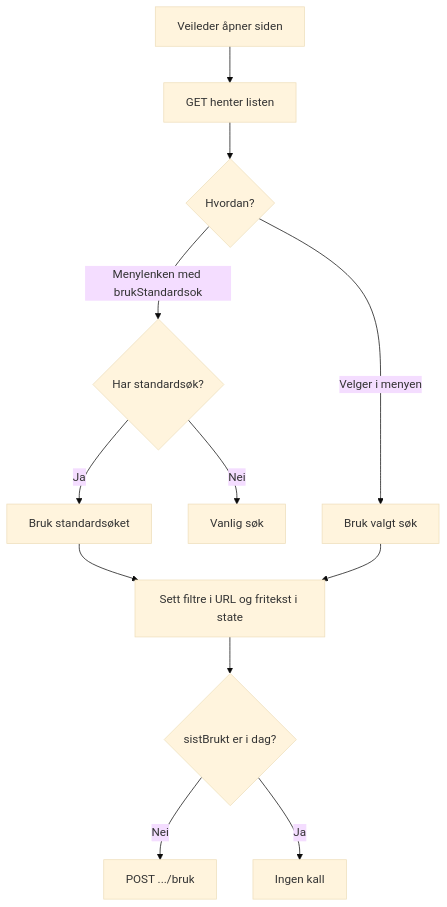
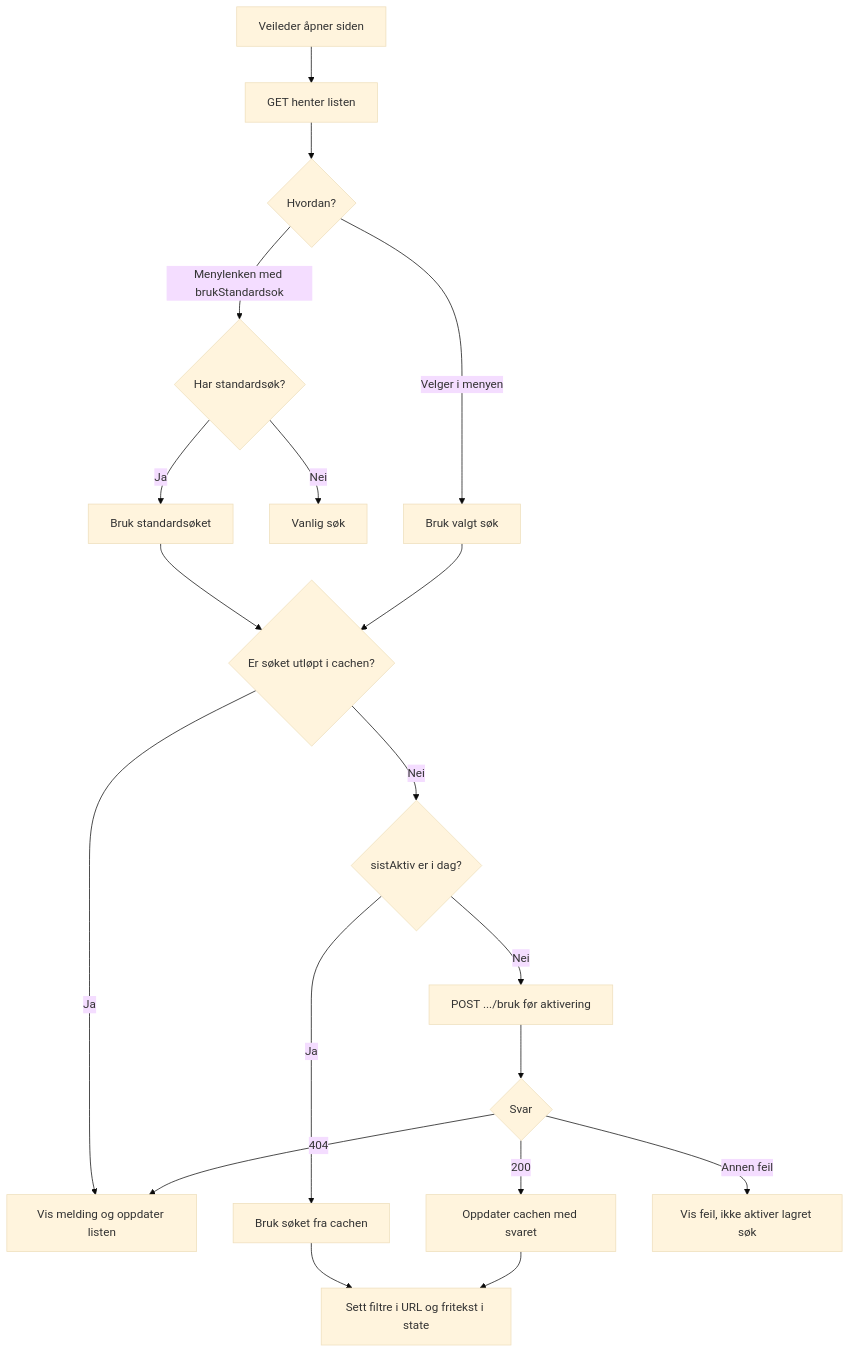
Before and after one commit to navikt/rekrutteringstreff-backend: the third of 4 diagrams in docs/9-planer/standardsok.md, drawn with Mermaid (base theme). The commit also changed other lines of this file, not shown here.

````diff
--- a/docs/9-planer/standardsok.md
+++ b/docs/9-planer/standardsok.md
@@ -278,14 +293,21 @@
 ```mermaid
 flowchart TD
     A[Veileder åpner siden] --> B[GET henter listen]
     B --> C{Hvordan?}
     C -->|Menylenken med brukStandardsok| D{Har standardsøk?}
     D -->|Ja| E[Bruk standardsøket]
     D -->|Nei| F[Vanlig søk]
     C -->|Velger i menyen| G[Bruk valgt søk]
-    E --> H[Sett filtre i URL og fritekst i state]
+    E --> H{Er søket utløpt i cachen?}
     G --> H
-    H --> I{sistBrukt er i dag?}
-    I -->|Nei| J[POST .../bruk]
-    I -->|Ja| K[Ingen kall]
+    H -->|Ja| X[Vis melding og oppdater listen]
+    H -->|Nei| I{sistAktiv er i dag?}
+    I -->|Ja| K[Bruk søket fra cachen]
+    I -->|Nei| J[POST .../bruk før aktivering]
+    J --> L{Svar}
+    L -->|200| M[Oppdater cachen med svaret]
+    L -->|404| X
+    L -->|Annen feil| Y[Vis feil, ikke aktiver lagret søk]
+    K --> N[Sett filtre i URL og fritekst i state]
+    M --> N
 ```
````
